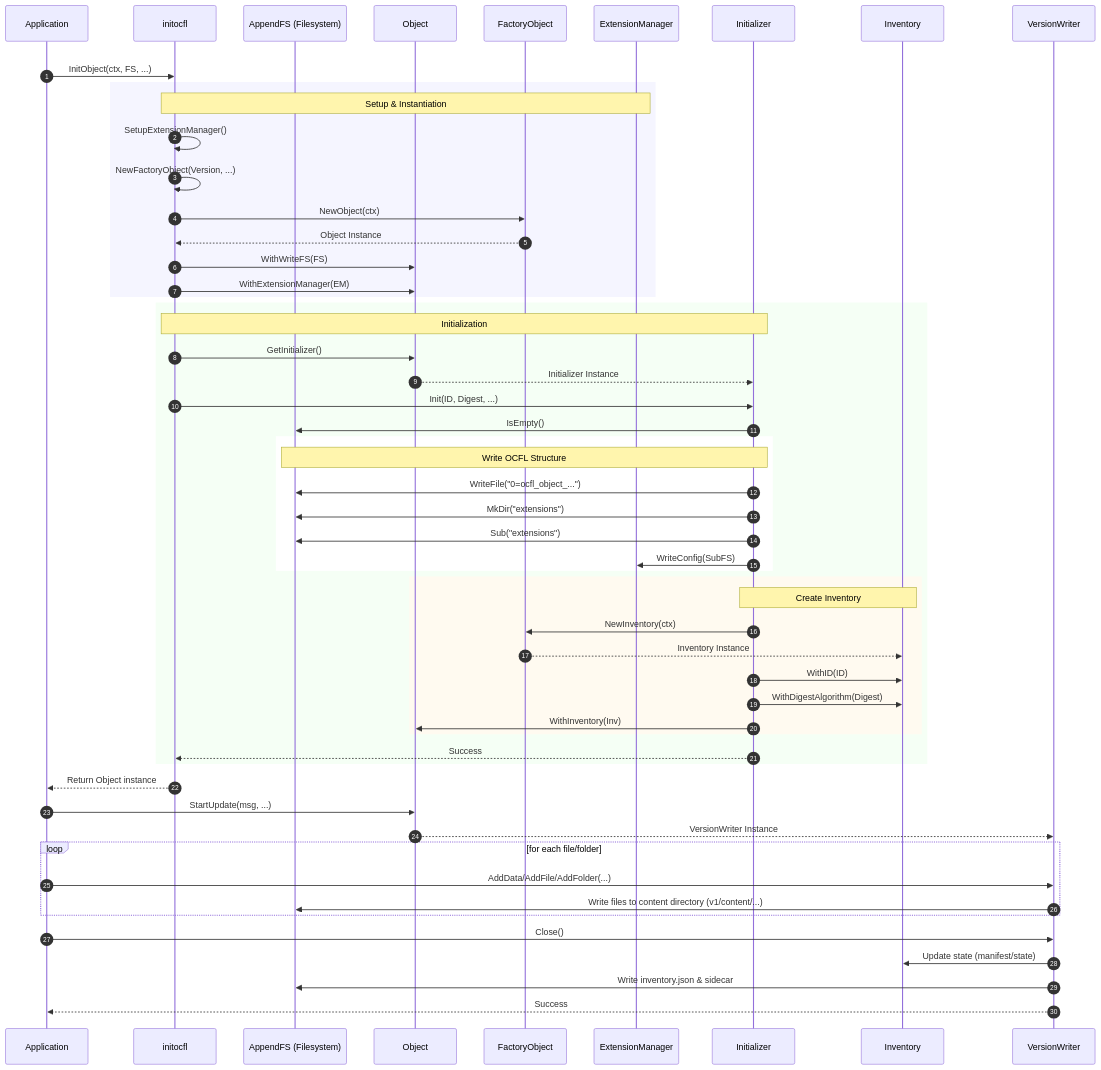
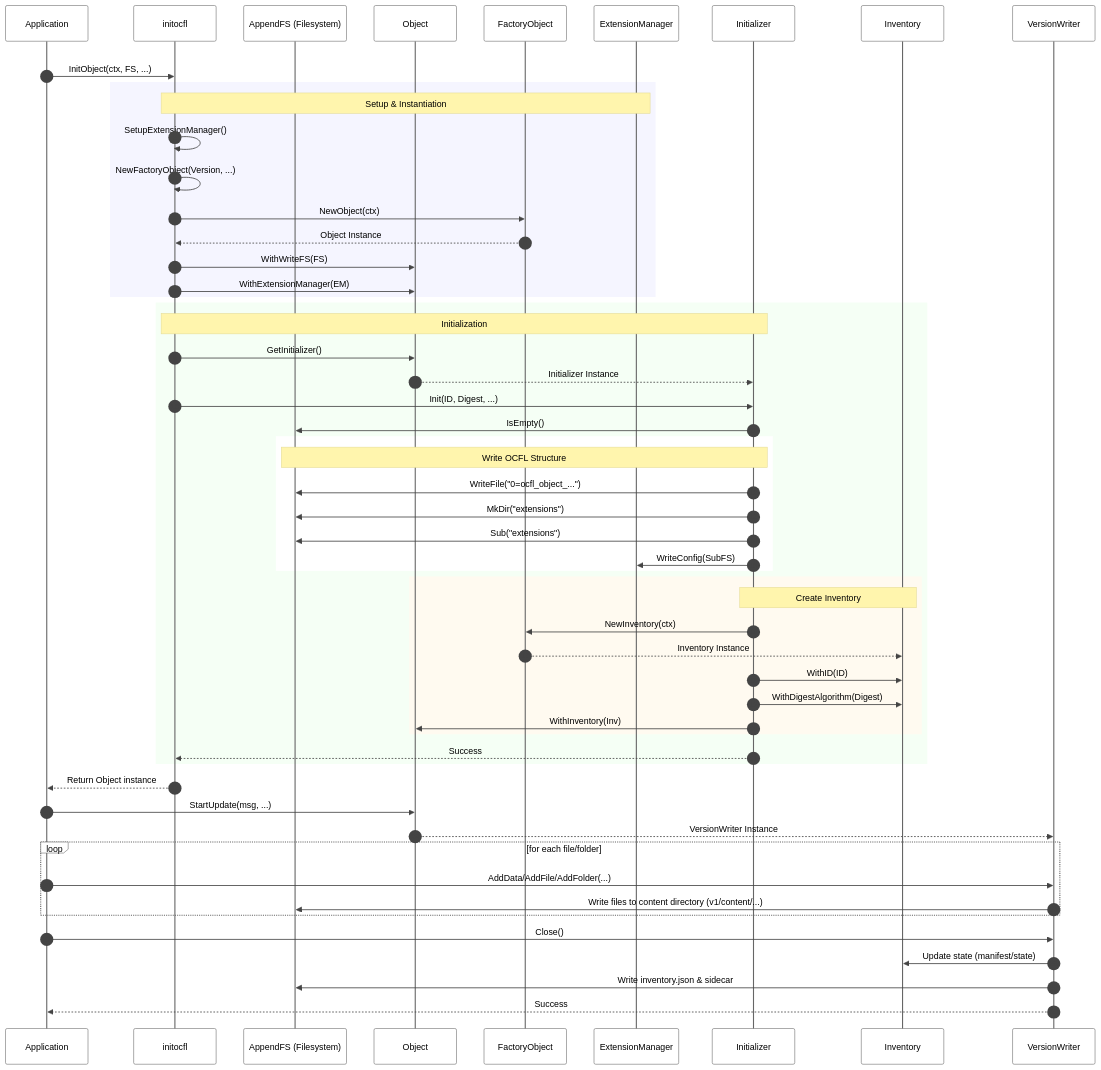
Before and after one commit to ocfl-archive/gocfl: the diagram in pkg/ocfl/object/docs/create_sequence.md, drawn with Mermaid. The commit also changed 4 other files, not shown here.

Commit message:
Standardized Mermaid sequence diagrams in documentation by adding custom `theme` configuration for consistent styling and improved readability.

````diff
--- a/pkg/ocfl/object/docs/create_sequence.md
+++ b/pkg/ocfl/object/docs/create_sequence.md
@@ -9,68 +9,69 @@
 ```mermaid
+%%{init: { 'theme': 'base', 'themeVariables': { 'background': '#ffffff', 'primaryTextColor': '#000000', 'lineColor': '#444444', 'secondaryColor': '#eeeeee', 'tertiaryColor': '#eeeeee', 'actorBkg': '#ffffff', 'actorBorder': '#666666', 'actorTextColor': '#000000', 'noteBkgColor': '#fff5ad', 'noteTextColor': '#000000', 'signalColor': '#444444', 'signalTextColor': '#000000', 'sequenceNumberColor': '#444444', 'loopTextColor': '#000000' } } }%%
 sequenceDiagram
     autonumber
     rect rgb(255, 255, 255)
     participant App as Application
     participant Init as initocfl
     participant FS as AppendFS (Filesystem)
     participant Obj as Object
     participant Factory as FactoryObject
     participant EM as ExtensionManager
     participant Initializer as Initializer
     participant Inv as Inventory
     participant VW as VersionWriter
     
     App->>Init: InitObject(ctx, FS, ...)
     
     rect rgb(245, 245, 255)
     Note over Init, EM: Setup & Instantiation
     Init->>Init: SetupExtensionManager()
     Init->>Init: NewFactoryObject(Version, ...)
     Init->>Factory: NewObject(ctx)
     Factory-->>Init: Object Instance
     Init->>Obj: WithWriteFS(FS)
     Init->>Obj: WithExtensionManager(EM)
     end
 
     rect rgb(245, 255, 245)
     Note over Init, Initializer: Initialization
     Init->>Obj: GetInitializer()
     Obj-->>Initializer: Initializer Instance
     Init->>Initializer: Init(ID, Digest, ...)
     
     Initializer->>FS: IsEmpty()
     
     rect rgb(255, 255, 255)
     Note over Initializer, FS: Write OCFL Structure
     Initializer->>FS: WriteFile("0=ocfl_object_...")
     Initializer->>FS: MkDir("extensions")
     Initializer->>FS: Sub("extensions")
     Initializer->>EM: WriteConfig(SubFS)
     end
     
     rect rgb(255, 250, 240)
     Note over Initializer, Inv: Create Inventory
     Initializer->>Factory: NewInventory(ctx)
     Factory-->>Inv: Inventory Instance
     Initializer->>Inv: WithID(ID)
     Initializer->>Inv: WithDigestAlgorithm(Digest)
     Initializer->>Obj: WithInventory(Inv)
     end
     
     Initializer-->>Init: Success
     end
     
     Init-->>App: Return Object instance
 
     App->>Obj: StartUpdate(msg, ...)
     Obj-->>VW: VersionWriter Instance
     loop for each file/folder
         App->>VW: AddData/AddFile/AddFolder(...)
         VW->>FS: Write files to content directory (v1/content/...)
     end
     App->>VW: Close()
     VW->>Inv: Update state (manifest/state)
     VW->>FS: Write inventory.json & sidecar
     VW-->>App: Success
     end
 ```
````
